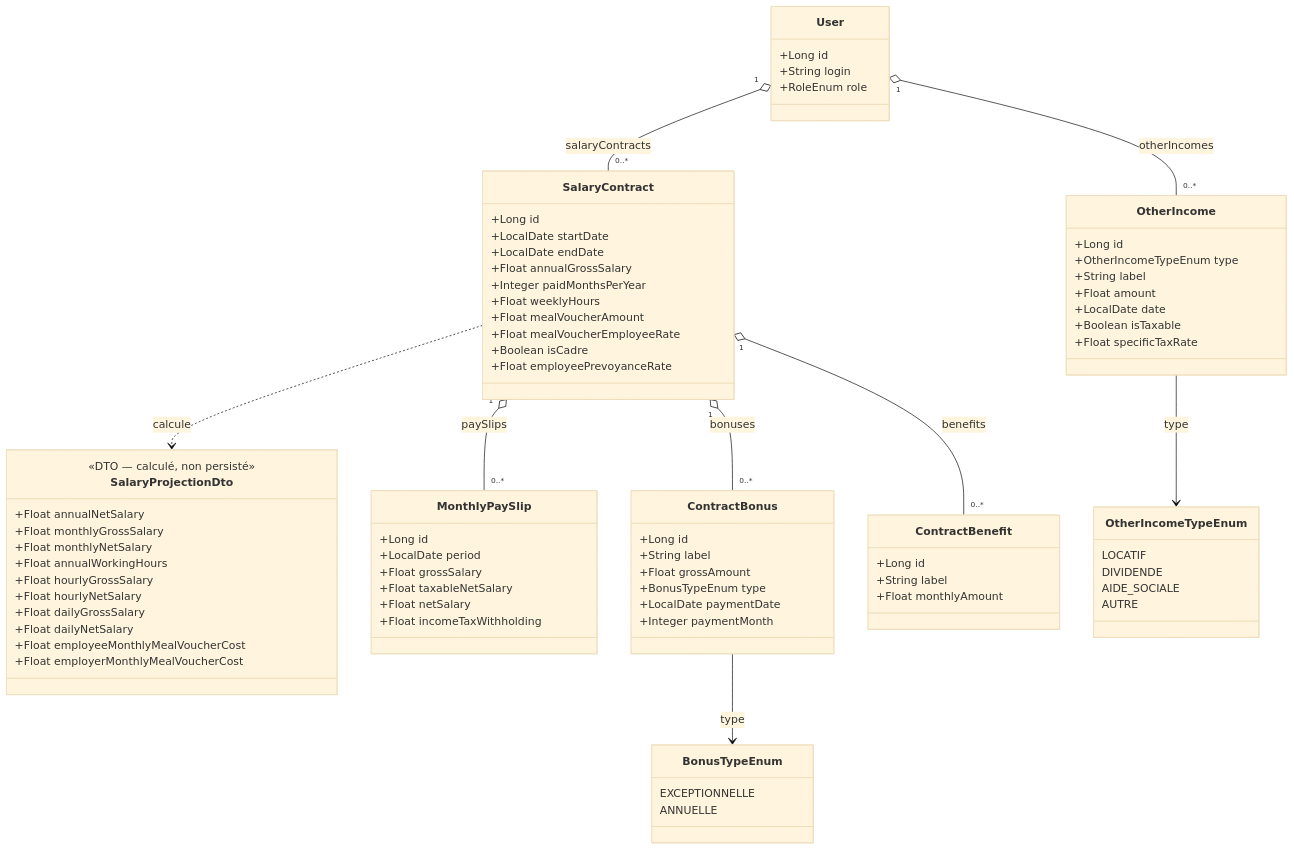
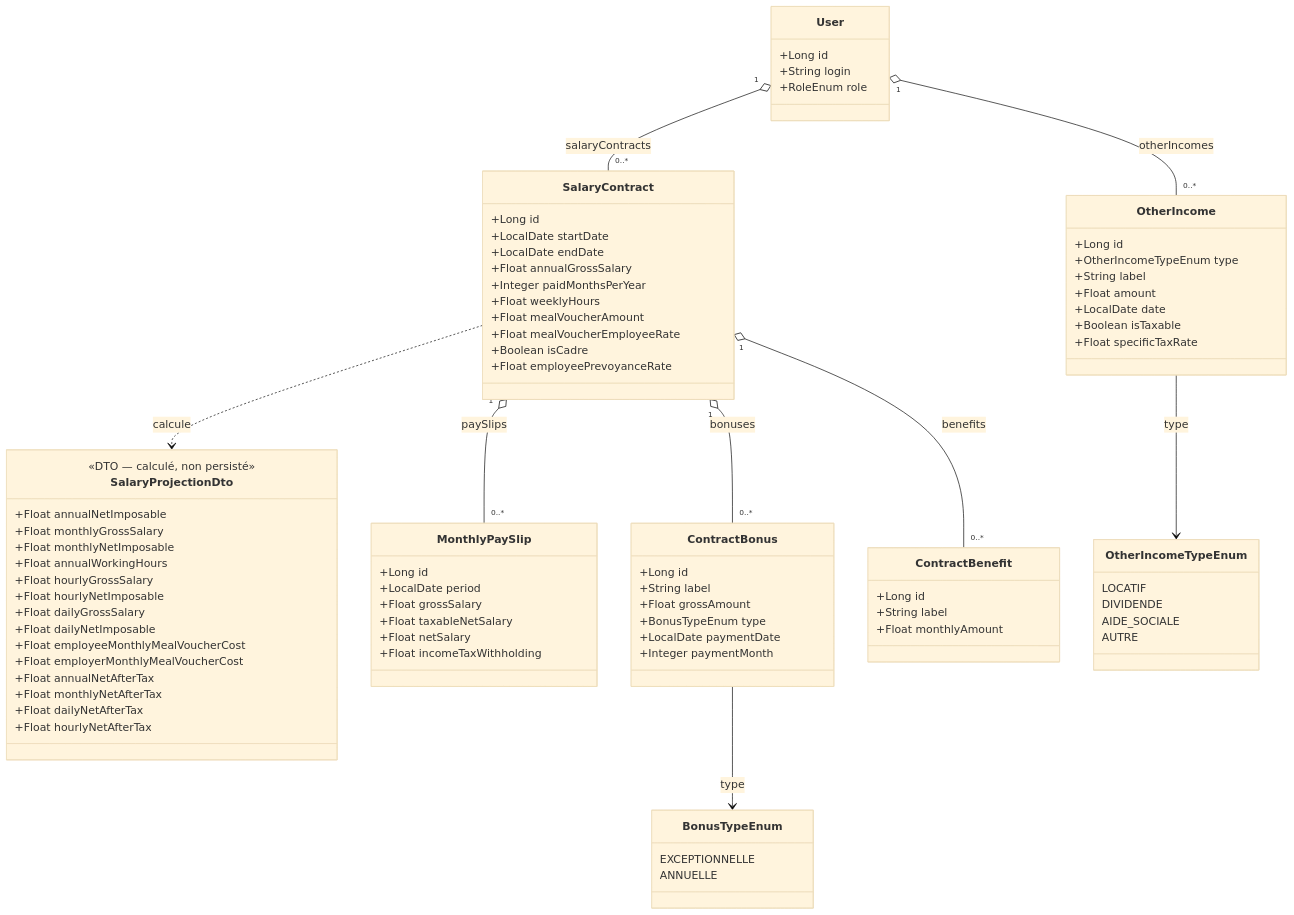
One commit to Neogost/MyFinance changed the diagram in docs/architecture/salary.md. Above: the diagram before and after it, drawn with Mermaid (base theme). The commit also changed other lines of this file and 11 other files, not shown here.

First line of the commit message:
feat(salary): chaîne Brut → Net imposable → Net d'impôt dans les projections contrat

```diff
--- a/docs/architecture/salary.md
+++ b/docs/architecture/salary.md
@@ -285,16 +311,20 @@
     }
     class SalaryProjectionDto {
         <<DTO — calculé, non persisté>>
-        +Float annualNetSalary
+        +Float annualNetImposable
         +Float monthlyGrossSalary
-        +Float monthlyNetSalary
+        +Float monthlyNetImposable
         +Float annualWorkingHours
         +Float hourlyGrossSalary
-        +Float hourlyNetSalary
+        +Float hourlyNetImposable
         +Float dailyGrossSalary
-        +Float dailyNetSalary
+        +Float dailyNetImposable
         +Float employeeMonthlyMealVoucherCost
         +Float employerMonthlyMealVoucherCost
+        +Float annualNetAfterTax
+        +Float monthlyNetAfterTax
+        +Float dailyNetAfterTax
+        +Float hourlyNetAfterTax
     }
     class MonthlyPaySlip {
         +Long id
```
